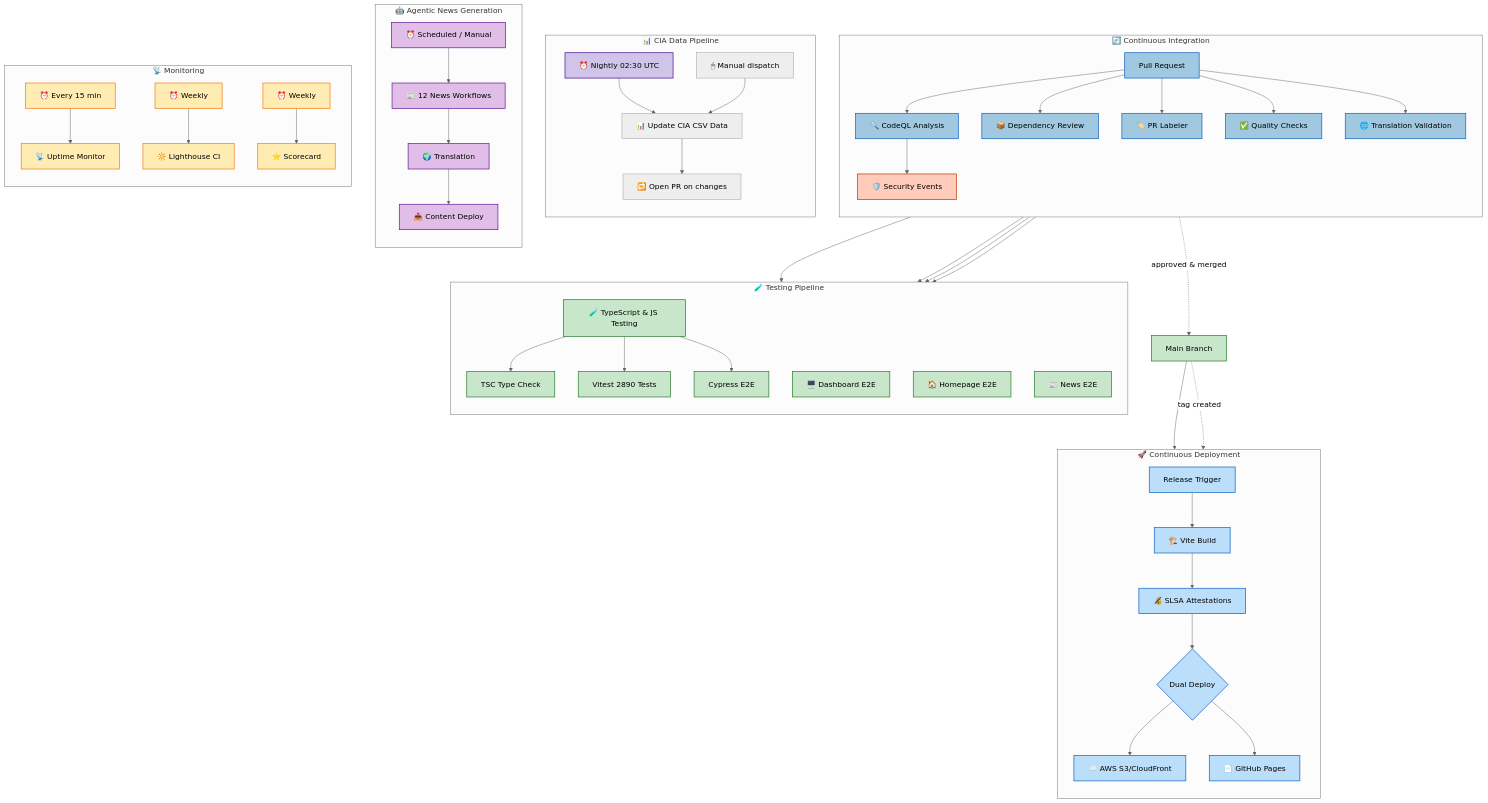
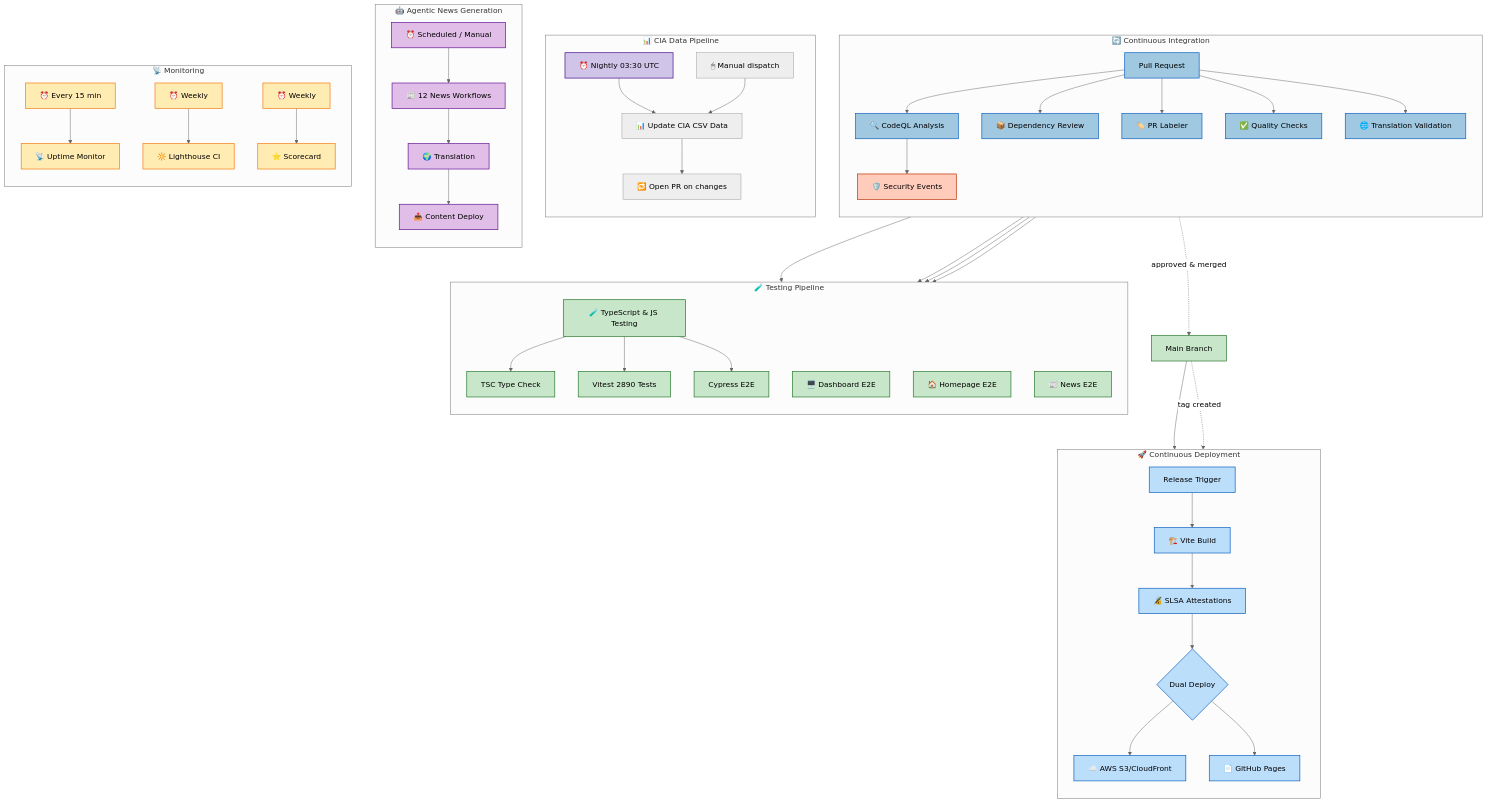
Before and after one commit to Hack23/riksdagsmonitor: the fourth of 13 diagrams in WORKFLOWS.md, drawn with Mermaid (neutral theme). The commit also changed other lines of this file and 1 other file, not shown here.

````diff
--- a/WORKFLOWS.md
+++ b/WORKFLOWS.md
@@ -332,75 +332,75 @@
 ```mermaid
 flowchart TB
     subgraph "🔄 Continuous Integration"
         direction TB
         PR[Pull Request] --> CodeQLScan[🔍 CodeQL Analysis]
         PR --> DependencyReview[📦 Dependency Review]
         PR --> Labeler[🏷️ PR Labeler]
         PR --> QualityChecks[✅ Quality Checks]
         PR --> TranslationVal[🌐 Translation Validation]
         CodeQLScan --> SecurityEvents[🛡️ Security Events]
     end
 
     subgraph "🧪 Testing Pipeline"
         direction TB
         PR --> UnitTests[🧪 TypeScript & JS Testing]
         UnitTests --> TypeCheck[TSC Type Check]
         UnitTests --> Vitest[Vitest 2890 Tests]
         UnitTests --> CypressE2E[Cypress E2E]
         PR --> DashboardE2E[🖥️ Dashboard E2E]
         PR --> HomepageE2E[🏠 Homepage E2E]
         PR --> NewsE2E[📰 News E2E]
     end
 
     subgraph "📊 CIA Data Pipeline"
         direction TB
-        Schedule1[⏰ Nightly 02:30 UTC] --> CIACsv[📊 Update CIA CSV Data]
+        Schedule1[⏰ Nightly 03:30 UTC] --> CIACsv[📊 Update CIA CSV Data]
         ManualTrig[🖱 Manual dispatch] --> CIACsv
         CIACsv --> CIAPR[🔁 Open PR on changes]
     end
 
     subgraph "🚀 Continuous Deployment"
         direction TB
         Release[Release Trigger] --> Build[🏗️ Vite Build]
         Build --> Attestations[🔏 SLSA Attestations]
         Attestations --> DualDeploy{Dual Deploy}
         DualDeploy --> S3Deploy[☁️ AWS S3/CloudFront]
         DualDeploy --> GHPages[📄 GitHub Pages]
     end
 
     subgraph "🤖 Agentic News Generation"
         direction TB
         AgenticTrigger[⏰ Scheduled / Manual] --> NewsGen[📰 12 News Workflows]
         NewsGen --> Translate[🌍 Translation]
         Translate --> ContentDeploy[📤 Content Deploy]
     end
 
     subgraph "📡 Monitoring"
         direction TB
         Cron15[⏰ Every 15 min] --> Uptime[📡 Uptime Monitor]
         WeeklyLH[⏰ Weekly] --> Lighthouse[🔆 Lighthouse CI]
         WeeklyScore[⏰ Weekly] --> Scorecard[⭐ Scorecard]
     end
 
     PR -.-> |"approved & merged"| main[Main Branch]
     main --> S3Deploy
     main -.-> |"tag created"| Release
 
     classDef integration fill:#a0c8e0,stroke:#1565c0,stroke-width:1.5px,color:black
     classDef testing fill:#c8e6c9,stroke:#2e7d32,stroke-width:1.5px,color:black
     classDef deployment fill:#bbdefb,stroke:#1565c0,stroke-width:1.5px,color:black
     classDef security fill:#ffccbc,stroke:#bf360c,stroke-width:1.5px,color:black
     classDef datapipeline fill:#d1c4e9,stroke:#4a148c,stroke-width:1.5px,color:black
     classDef agentic fill:#e1bee7,stroke:#6a1b9a,stroke-width:1.5px,color:black
     classDef monitoring fill:#ffecb3,stroke:#f57f17,stroke-width:1.5px,color:black
     classDef process fill:#c8e6c9,stroke:#2e7d32,stroke-width:1.5px,color:black
 
     class PR,CodeQLScan,DependencyReview,Labeler,QualityChecks,TranslationVal integration
     class UnitTests,TypeCheck,Vitest,CypressE2E,DashboardE2E,HomepageE2E,NewsE2E testing
     class Release,Build,Attestations,DualDeploy,S3Deploy,GHPages deployment
     class SecurityEvents security
     class Schedule1,Schedule2,CIAStats,SchemaCheck,DataValidation,SchemaSync datapipeline
     class AgenticTrigger,NewsGen,Translate,ContentDeploy agentic
     class Cron15,WeeklyLH,WeeklyScore,Uptime,Lighthouse,Scorecard monitoring
     class main process
 ```
````
